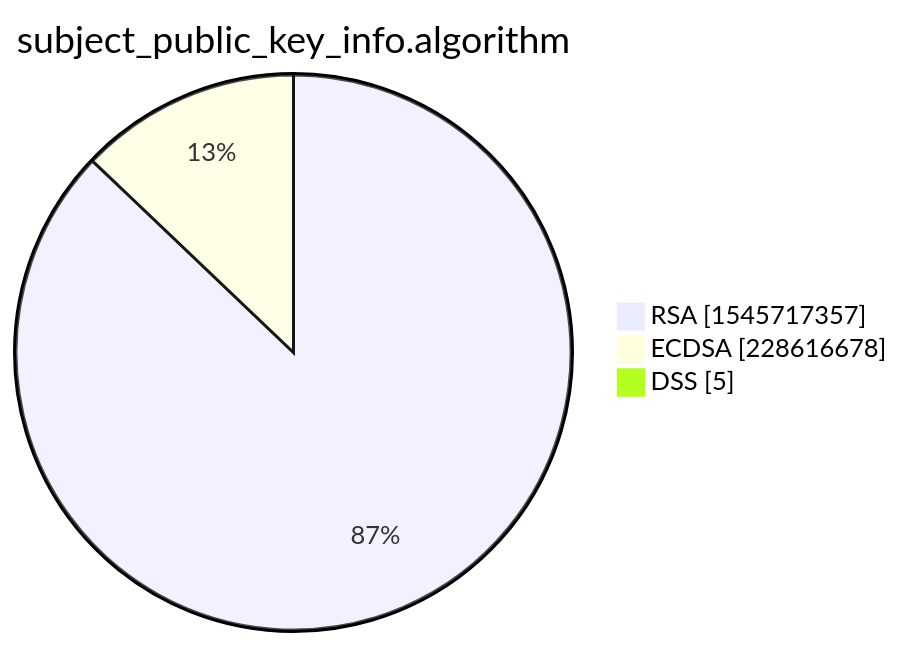
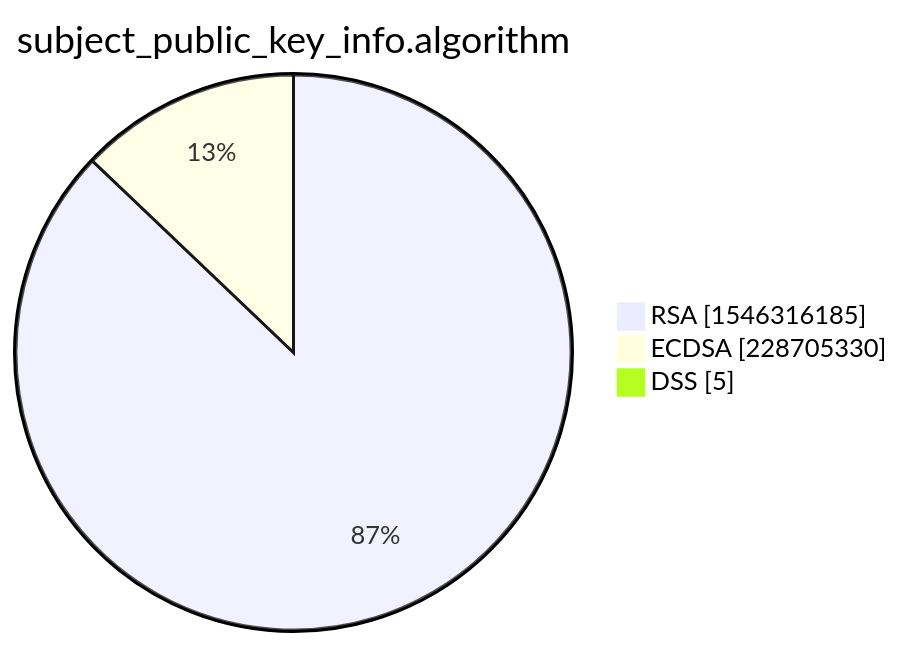
Before and after one commit to christiankrug/ctmonitor_visualization: the third of 15 diagrams in xenon2022/README.md, drawn with Mermaid. The commit also changed other lines of this file, not shown here.

````diff
--- a/xenon2022/README.md
+++ b/xenon2022/README.md
@@ -14,7 +14,7 @@
 ```mermaid
 pie showData
 title subject_public_key_info.algorithm
-"RSA" :1545717357
-"ECDSA" :228616678
+"RSA" :1546316185
+"ECDSA" :228705330
 "DSS" :5
 ```
````
